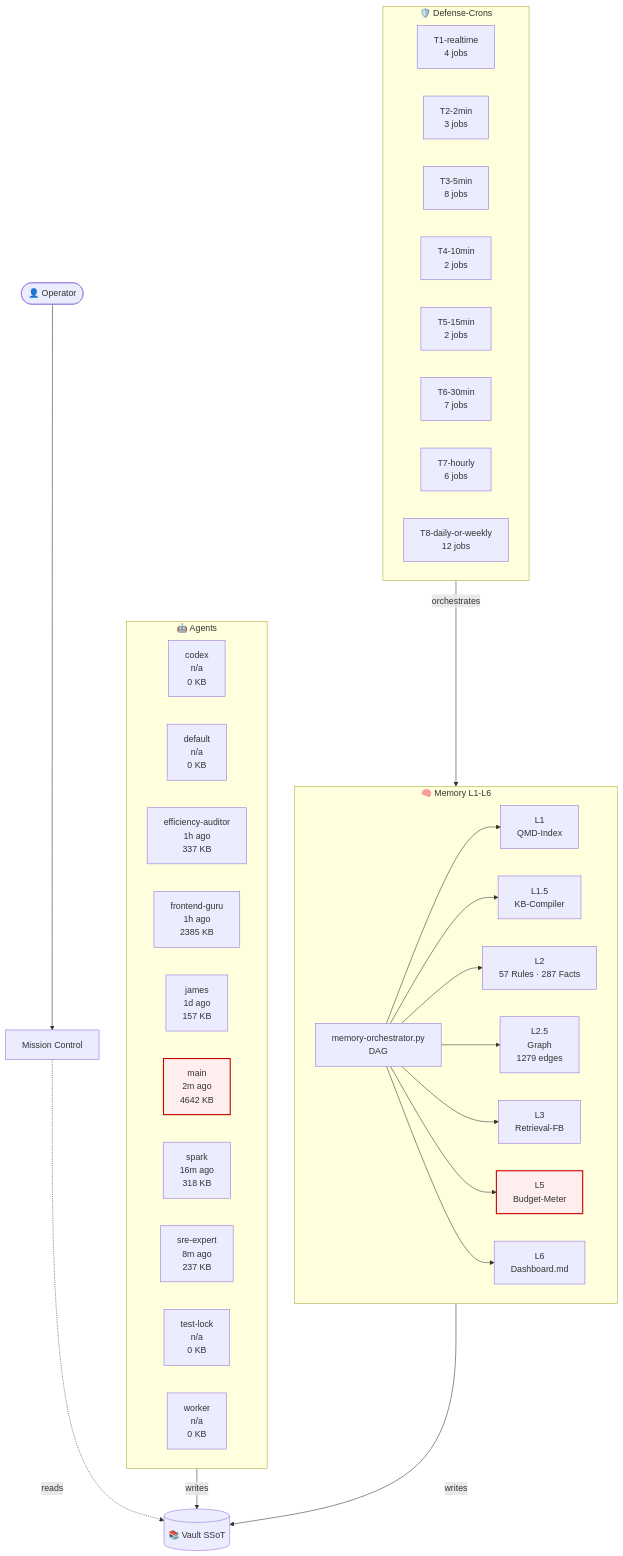
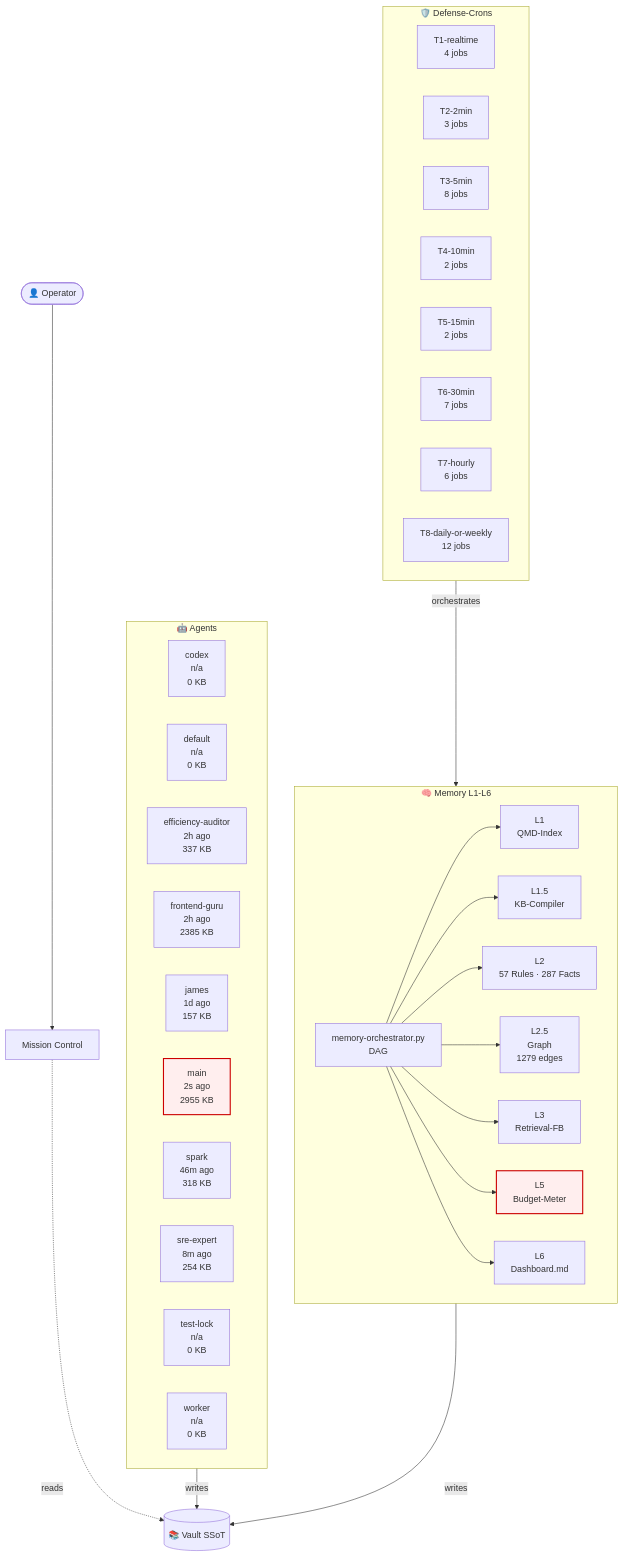
One commit to lenardhuebner88-rgb/openclaw-memory changed the diagram in 03-Agents/architecture-live.md. Above: the diagram before and after it, drawn with Mermaid. The commit also changed other lines of this file and 5 other files, not shown here.

````diff
--- a/03-Agents/architecture-live.md
+++ b/03-Agents/architecture-live.md
@@ -18,53 +18,53 @@
 ```mermaid
 flowchart TB
     classDef critical fill:#fee,stroke:#c00,stroke-width:2px;
     subgraph AGT["🤖 Agents"]
         agent_codex["codex<br/>n/a<br/>0 KB"]
         agent_default["default<br/>n/a<br/>0 KB"]
-        agent_efficiency_auditor["efficiency-auditor<br/>1h ago<br/>337 KB"]
-        agent_frontend_guru["frontend-guru<br/>1h ago<br/>2385 KB"]
+        agent_efficiency_auditor["efficiency-auditor<br/>2h ago<br/>337 KB"]
+        agent_frontend_guru["frontend-guru<br/>2h ago<br/>2385 KB"]
         agent_james["james<br/>1d ago<br/>157 KB"]
-        agent_main["main<br/>2m ago<br/>4642 KB"]
-        agent_spark["spark<br/>16m ago<br/>318 KB"]
-        agent_sre_expert["sre-expert<br/>8m ago<br/>237 KB"]
+        agent_main["main<br/>2s ago<br/>2955 KB"]
+        agent_spark["spark<br/>46m ago<br/>318 KB"]
+        agent_sre_expert["sre-expert<br/>8m ago<br/>254 KB"]
         agent_test_lock["test-lock<br/>n/a<br/>0 KB"]
         agent_worker["worker<br/>n/a<br/>0 KB"]
     end
     subgraph MEM["🧠 Memory L1-L6"]
         L1["L1<br/>QMD-Index"]
         L15["L1.5<br/>KB-Compiler"]
         L2["L2<br/>57 Rules · 287 Facts"]
         L25["L2.5<br/>Graph<br/>1279 edges"]
         L3["L3<br/>Retrieval-FB"]
         L5["L5<br/>Budget-Meter"]
         L6["L6<br/>Dashboard.md"]
         ORCH["memory-orchestrator.py<br/>DAG"]
     end
     subgraph CRN["🛡️ Defense-Crons"]
         tier_T1_realtime["T1-realtime<br/>4 jobs"]
         tier_T2_2min["T2-2min<br/>3 jobs"]
         tier_T3_5min["T3-5min<br/>8 jobs"]
         tier_T4_10min["T4-10min<br/>2 jobs"]
         tier_T5_15min["T5-15min<br/>2 jobs"]
         tier_T6_30min["T6-30min<br/>7 jobs"]
         tier_T7_hourly["T7-hourly<br/>6 jobs"]
         tier_T8_daily_or_weekly["T8-daily-or-weekly<br/>12 jobs"]
     end
     VAULT[("📚 Vault SSoT")]
     OP([👤 Operator])
     MC["Mission Control"]
     OP --> MC
     MC -.reads.-> VAULT
     AGT -->|writes| VAULT
     MEM -->|writes| VAULT
     ORCH --> L1
     ORCH --> L15
     ORCH --> L2
     ORCH --> L25
     ORCH --> L3
     ORCH --> L5
     ORCH --> L6
     CRN -->|orchestrates| MEM
     class L5 critical
     class agent_main critical
 ```
````
